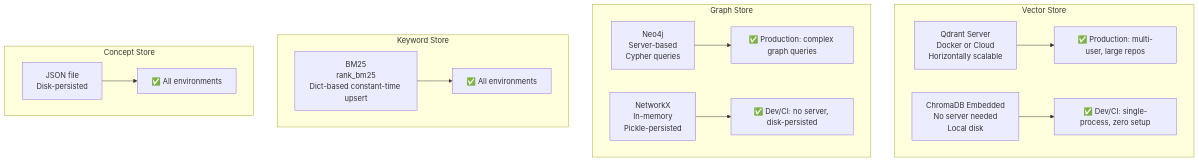
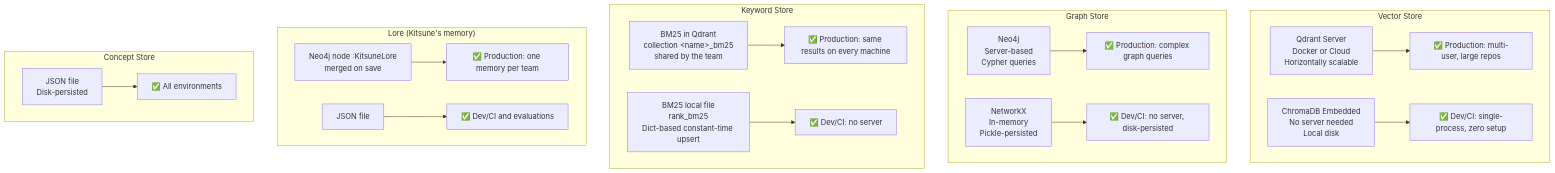
Before and after one commit to SayantanBong007/-Kitsune: the fifth of 5 diagrams in KITSUNE_ARCHITECTURE.md, drawn with Mermaid. The commit also changed other lines of this file and 32 other files, not shown here.

````diff
--- a/KITSUNE_ARCHITECTURE.md
+++ b/KITSUNE_ARCHITECTURE.md
@@ -448,26 +479,35 @@
 ```mermaid
 graph TB
     subgraph Vector["Vector Store"]
         VQ[Qdrant Server<br/>Docker or Cloud<br/>Horizontally scalable]
         VC[ChromaDB Embedded<br/>No server needed<br/>Local disk]
         VQ --> VQ_F[✅ Production: multi-user, large repos]
         VC --> VC_F[✅ Dev/CI: single-process, zero setup]
     end
 
     subgraph Graph["Graph Store"]
         GN[Neo4j<br/>Server-based<br/>Cypher queries]
         GX[NetworkX<br/>In-memory<br/>Pickle-persisted]
         GN --> GN_F[✅ Production: complex graph queries]
         GX --> GX_F[✅ Dev/CI: no server, disk-persisted]
     end
 
     subgraph Keyword["Keyword Store"]
-        KB[BM25<br/>rank_bm25<br/>Dict-based constant-time upsert]
-        KB --> KB_F[✅ All environments]
+        KQ[BM25 in Qdrant<br/>collection &lt;name&gt;_bm25<br/>shared by the team]
+        KB[BM25 local file<br/>rank_bm25<br/>Dict-based constant-time upsert]
+        KQ --> KQ_F[✅ Production: same results on every machine]
+        KB --> KB_F[✅ Dev/CI: no server]
+    end
+
+    subgraph Lore["Lore (Kitsune's memory)"]
+        LN[Neo4j node :KitsuneLore<br/>merged on save]
+        LF[JSON file]
+        LN --> LN_F[✅ Production: one memory per team]
+        LF --> LF_F[✅ Dev/CI and evaluations]
     end
 
     subgraph Concept["Concept Store"]
         CS[JSON file<br/>Disk-persisted]
         CS --> CS_F[✅ All environments]
     end
 ```
````
